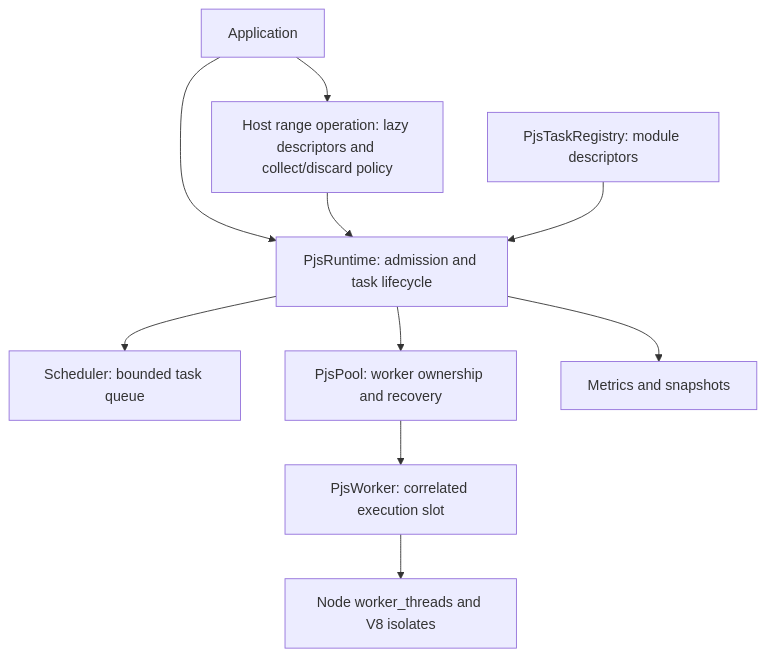
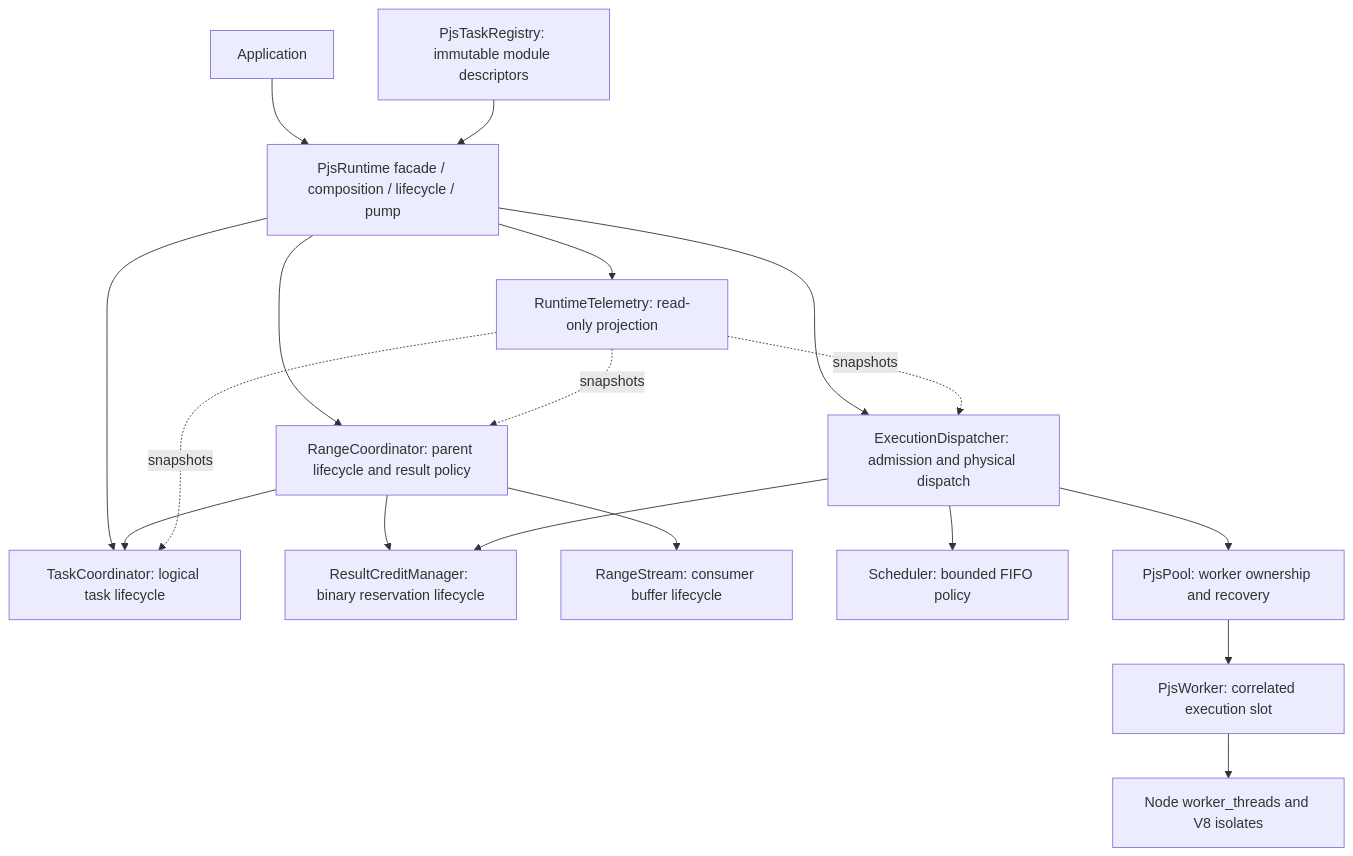
The diagram in docs/architecture.md (Miskovy/parallel-javascript), drawn with Mermaid before and after one commit. The commit also changed other lines of this file and 25 other files, not shown here.

Commit message:
v0.11.0 now has explicit owners for task, range, dispatch, reservation, and telemetry state. PjsRuntime is reduced to the public facade, composition root, lifecycle authority, and guarded progress loop.

````diff
--- a/docs/architecture.md
+++ b/docs/architecture.md
@@ -5,12 +16,20 @@
 ```mermaid
 flowchart TD
-  A[Application] --> R[PjsRuntime: admission and task lifecycle]
-  A --> O[Host range operation: lazy descriptors and collect/discard policy]
-  O --> R
-  R --> Q[Scheduler: bounded task queue]
-  R --> P[PjsPool: worker ownership and recovery]
+  A[Application] --> R[PjsRuntime facade / composition / lifecycle / pump]
+  R --> O[RangeCoordinator: parent lifecycle and result policy]
+  R --> T[TaskCoordinator: logical task lifecycle]
+  R --> D[ExecutionDispatcher: admission and physical dispatch]
+  R --> V[RuntimeTelemetry: read-only projection]
+  O --> T
+  O --> C[ResultCreditManager: binary reservation lifecycle]
+  O --> S[RangeStream: consumer buffer lifecycle]
+  D --> Q[Scheduler: bounded FIFO policy]
+  D --> P[PjsPool: worker ownership and recovery]
+  D --> C
   P --> W[PjsWorker: correlated execution slot]
   W --> N[Node worker_threads and V8 isolates]
-  G[PjsTaskRegistry: module descriptors] --> R
-  R --> M[Metrics and snapshots]
+  G[PjsTaskRegistry: immutable module descriptors] --> R
+  V -. snapshots .-> O
+  V -. snapshots .-> T
+  V -. snapshots .-> D
 ```
````
